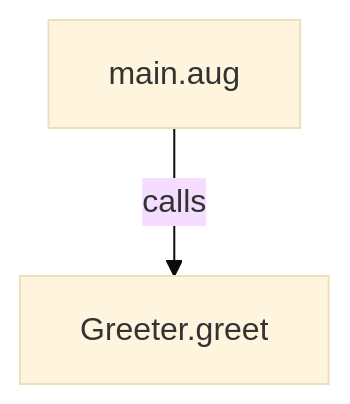
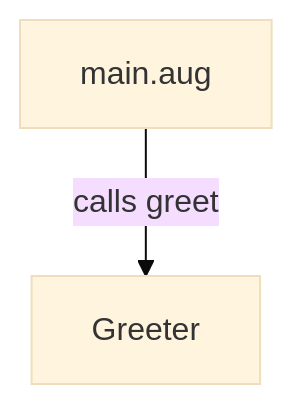
The first of 2 diagrams in docs/examples/hello/main-diagrams.md (GreenPandaStudios/augscript), drawn with Mermaid (base theme) before and after one commit. The commit also changed other lines of this file and 304 other files, not shown here.

Commit message:
Make generated data-flow sequences concise and review every diagram

````diff
--- a/docs/examples/hello/main-diagrams.md
+++ b/docs/examples/hello/main-diagrams.md
@@ -28,6 +19,6 @@
 ```mermaid
 flowchart TD
-    n0["Greeter.greet"]
+    n0["Greeter"]
     n1["main.aug"]
-    n1 -->|"calls"| n0
+    n1 -->|"calls greet"| n0
 ```
````
